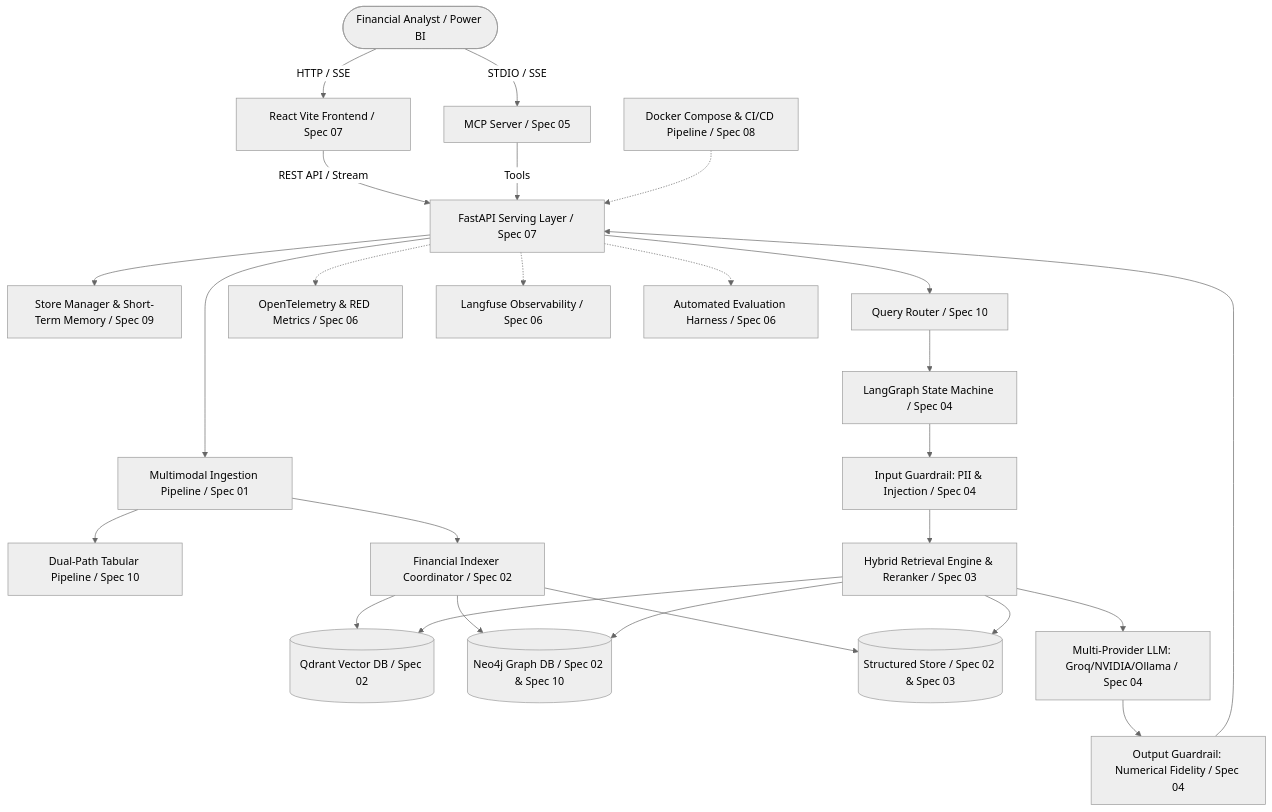
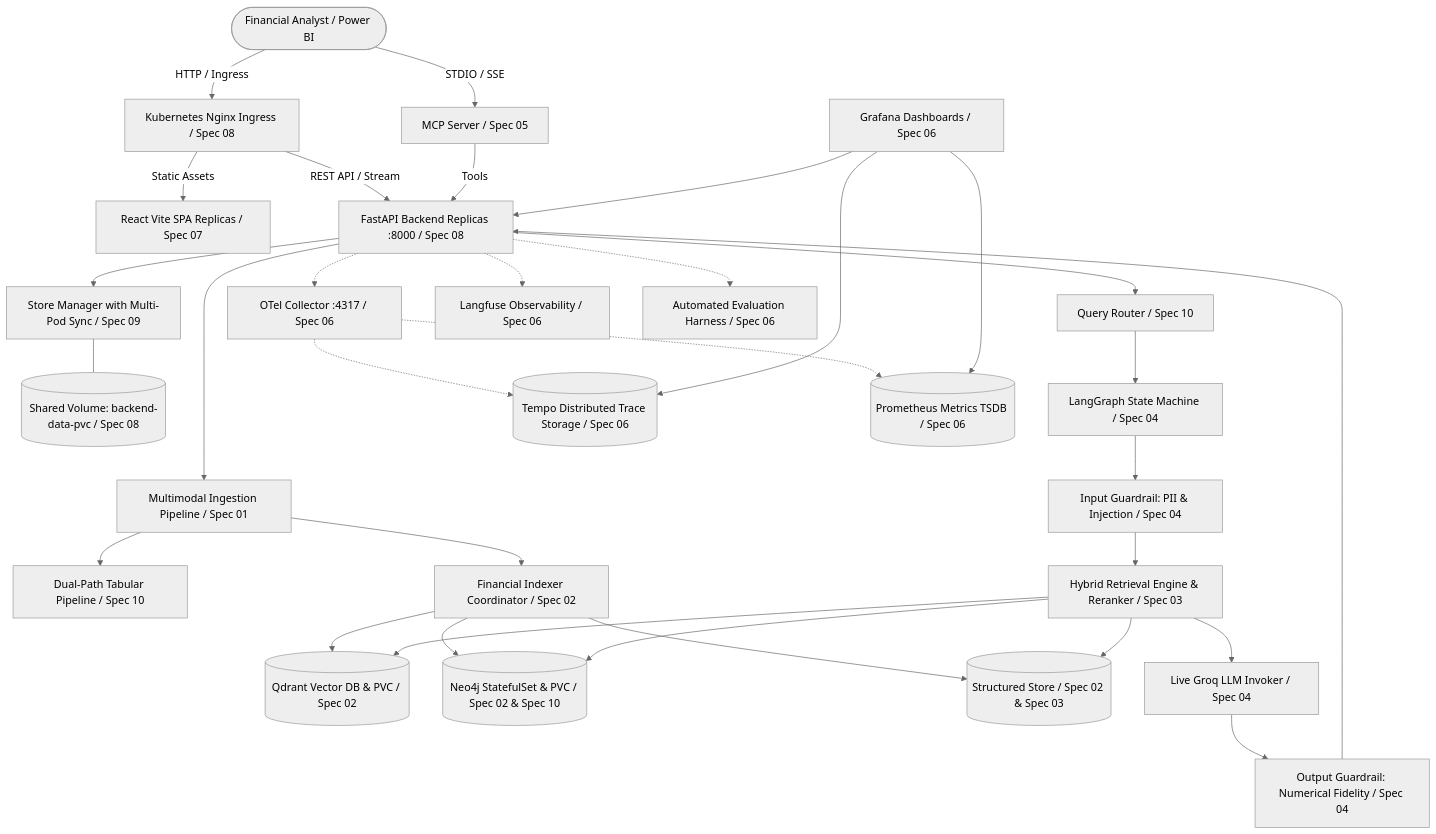
The diagram in specs/README.md (Devigget/production-level-rag), drawn with Mermaid (neutral theme) before and after one commit. The commit also changed other lines of this file and 26 other files, not shown here.

Commit message:
feat(k8s): add kubernetes manifests, deployment scripts, and store sync

````diff
--- a/specs/README.md
+++ b/specs/README.md
@@ -14,39 +14,45 @@
 ```mermaid
 graph TD
-    User([Financial Analyst / Power BI]) -->|HTTP / SSE| Frontend[React Vite Frontend / Spec 07]
+    User([Financial Analyst / Power BI]) -->|HTTP / Ingress| Ingress[Kubernetes Nginx Ingress / Spec 08]
     User -->|STDIO / SSE| MCP[MCP Server / Spec 05]
     
-    Frontend -->|REST API / Stream| API[FastAPI Serving Layer / Spec 07]
-    MCP -->|Tools| API
+    Ingress -->|Static Assets| Frontend[React Vite SPA Replicas / Spec 07]
+    Ingress -->|REST API / Stream| Backend[FastAPI Backend Replicas :8000 / Spec 08]
+    MCP -->|Tools| Backend
     
-    API --> StoreMgr[Store Manager & Short-Term Memory / Spec 09]
-    API --> Pipeline[Multimodal Ingestion Pipeline / Spec 01]
+    Backend --> StoreMgr[Store Manager with Multi-Pod Sync / Spec 09]
+    StoreMgr --- PVCBackend[(Shared Volume: backend-data-pvc / Spec 08)]
     
+    Backend --> Pipeline[Multimodal Ingestion Pipeline / Spec 01]
     Pipeline --> DualTab[Dual-Path Tabular Pipeline / Spec 10]
     Pipeline --> Indexer[Financial Indexer Coordinator / Spec 02]
     
-    Indexer --> Qdrant[(Qdrant Vector DB / Spec 02)]
-    Indexer --> Neo4j[(Neo4j Graph DB / Spec 02 & Spec 10)]
+    Indexer --> Qdrant[(Qdrant Vector DB & PVC / Spec 02)]
+    Indexer --> Neo4j[(Neo4j StatefulSet & PVC / Spec 02 & Spec 10)]
     Indexer --> StructStore[(Structured Store / Spec 02 & Spec 03)]
     
-    API --> Router[Query Router / Spec 10]
+    Backend --> Router[Query Router / Spec 10]
     Router --> Orchestration[LangGraph State Machine / Spec 04]
     
     Orchestration --> InputGuard[Input Guardrail: PII & Injection / Spec 04]
     InputGuard --> HybridEngine[Hybrid Retrieval Engine & Reranker / Spec 03]
     
     HybridEngine --> Qdrant
     HybridEngine --> Neo4j
     HybridEngine --> StructStore
     
-    HybridEngine --> LLMInvoker[Multi-Provider LLM: Groq/NVIDIA/Ollama / Spec 04]
+    HybridEngine --> LLMInvoker[Live Groq LLM Invoker / Spec 04]
     LLMInvoker --> OutputGuard[Output Guardrail: Numerical Fidelity / Spec 04]
     
-    OutputGuard --> API
+    OutputGuard --> Backend
     
-    API -.-> Telemetry[OpenTelemetry & RED Metrics / Spec 06]
-    API -.-> Tracer[Langfuse Observability / Spec 06]
-    API -.-> EvalHarness[Automated Evaluation Harness / Spec 06]
+    Backend -.-> OTelCol[OTel Collector :4317 / Spec 06]
+    OTelCol -.-> Tempo[(Tempo Distributed Trace Storage / Spec 06)]
+    OTelCol -.-> Prom[(Prometheus Metrics TSDB / Spec 06)]
+    Backend -.-> Tracer[Langfuse Observability / Spec 06]
+    Backend -.-> EvalHarness[Automated Evaluation Harness / Spec 06]
     
-    Deployment[Docker Compose & CI/CD Pipeline / Spec 08] -.-> API
+    Grafana[Grafana Dashboards / Spec 06] --> Prom
+    Grafana --> Tempo
+    Grafana --> Backend
 ```
````
